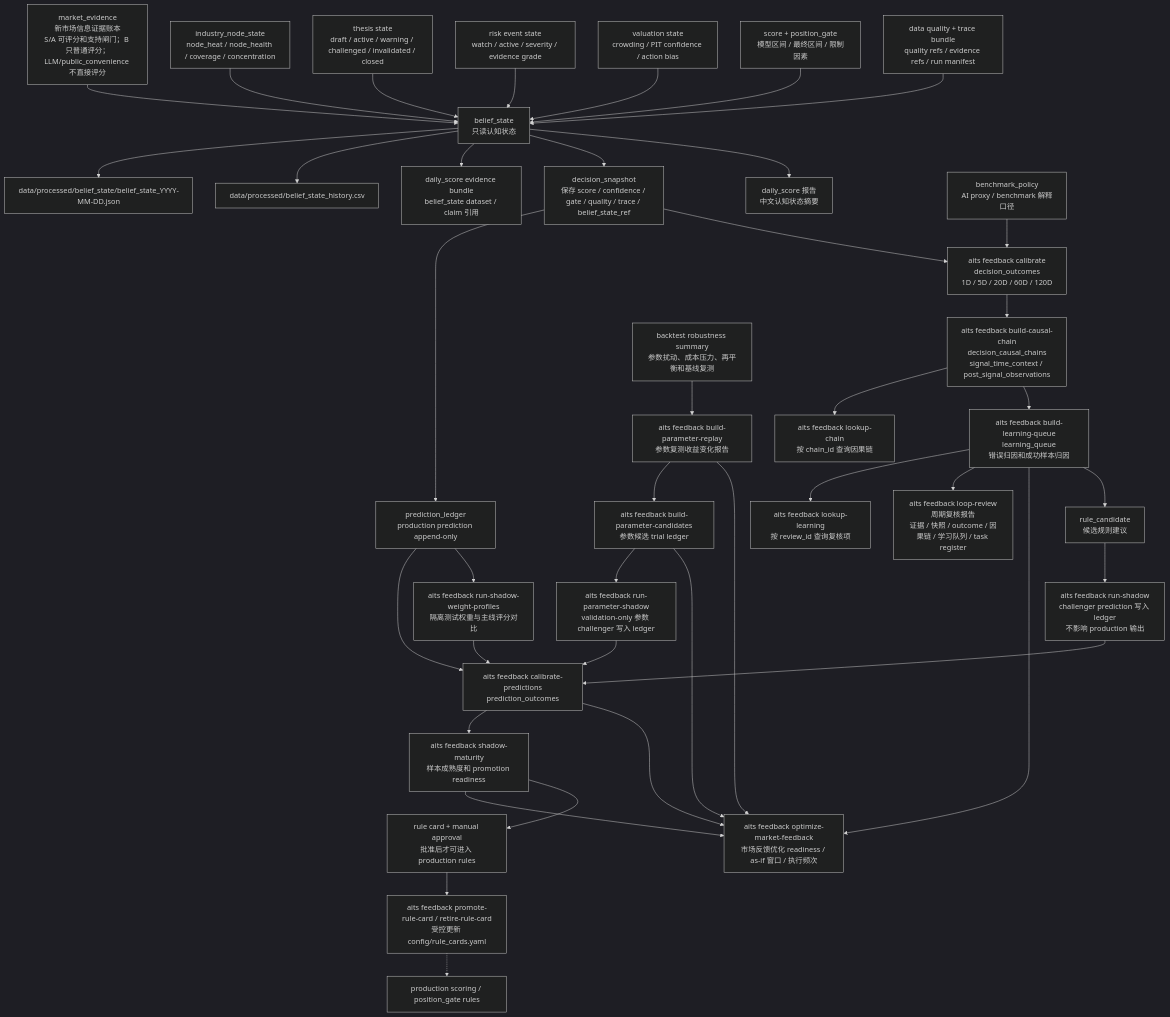
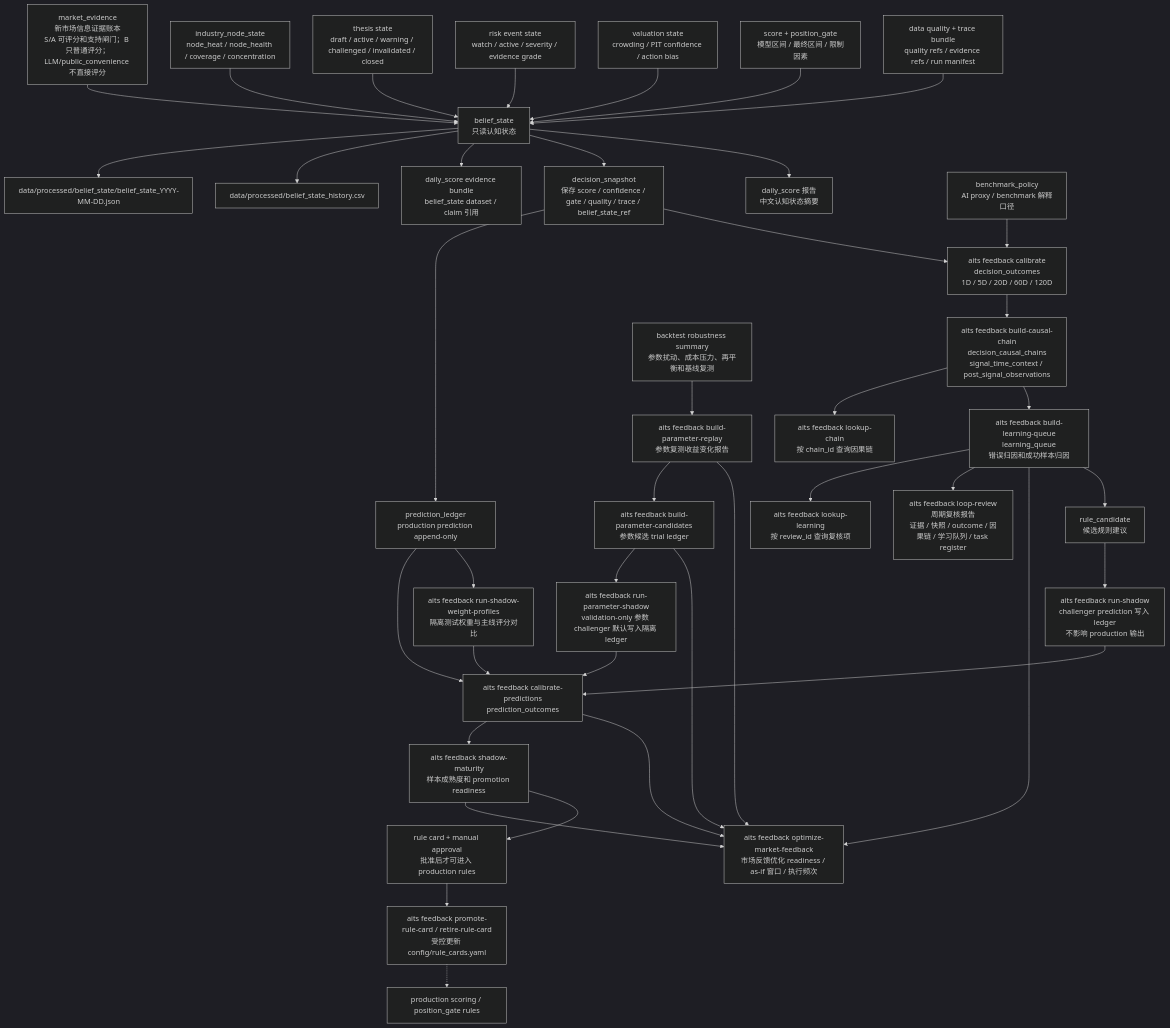
Before and after one commit to AI-Trading-Collaboration/AITradingSystem: the fifth of 6 diagrams in docs/system_flow.md, drawn with Mermaid (dark theme). The commit also changed other lines of this file and 18 other files, not shown here.

Commit message:
Harden shadow parameter validation

````diff
--- a/docs/system_flow.md
+++ b/docs/system_flow.md
@@ -1084,45 +1093,45 @@
 ```mermaid
 flowchart TD
     E0["market_evidence<br/>新市场信息证据账本<br/>S/A 可评分和支持闸门；B 只普通评分；LLM/public_convenience 不直接评分"] --> B0["belief_state<br/>只读认知状态"]
     C0["industry_node_state<br/>node_heat / node_health / coverage / concentration"] --> B0
     T0["thesis state<br/>draft / active / warning / challenged / invalidated / closed"] --> B0
     R0["risk event state<br/>watch / active / severity / evidence grade"] --> B0
     V0["valuation state<br/>crowding / PIT confidence / action bias"] --> B0
     S0["score + position_gate<br/>模型区间 / 最终区间 / 限制因素"] --> B0
     Q0["data quality + trace bundle<br/>quality refs / evidence refs / run manifest"] --> B0
 
     B0 --> B1["data/processed/belief_state/belief_state_YYYY-MM-DD.json"]
     B0 --> B2["data/processed/belief_state_history.csv"]
     B0 --> B3["daily_score evidence bundle<br/>belief_state dataset / claim 引用"]
     B0 --> D0["decision_snapshot<br/>保存 score / confidence / gate / quality / trace / belief_state_ref"]
     D0 --> PL0["prediction_ledger<br/>production prediction append-only"]
     B0 --> RPT["daily_score 报告<br/>中文认知状态摘要"]
 
     BPX["benchmark_policy<br/>AI proxy / benchmark 解释口径"] --> O0
     D0 --> O0["aits feedback calibrate<br/>decision_outcomes<br/>1D / 5D / 20D / 60D / 120D"]
     PL0 --> PO0["aits feedback calibrate-predictions<br/>prediction_outcomes"]
     O0 --> CA0["aits feedback build-causal-chain<br/>decision_causal_chains<br/>signal_time_context / post_signal_observations"]
     CA0 --> CAQ["aits feedback lookup-chain<br/>按 chain_id 查询因果链"]
     CA0 --> L0["aits feedback build-learning-queue<br/>learning_queue<br/>错误归因和成功样本归因"]
     L0 --> LQ["aits feedback lookup-learning<br/>按 review_id 查询复核项"]
     L0 --> LR0["aits feedback loop-review<br/>周期复核报告<br/>证据 / 快照 / outcome / 因果链 / 学习队列 / task register"]
     L0 --> MFO0["aits feedback optimize-market-feedback<br/>市场反馈优化 readiness / as-if 窗口 / 执行频次"]
     BR0["backtest robustness summary<br/>参数扰动、成本压力、再平衡和基线复测"] --> PR0["aits feedback build-parameter-replay<br/>参数复测收益变化报告"]
     PR0 --> PC0["aits feedback build-parameter-candidates<br/>参数候选 trial ledger"]
-    PC0 --> PS0["aits feedback run-parameter-shadow<br/>validation-only 参数 challenger 写入 ledger"]
+    PC0 --> PS0["aits feedback run-parameter-shadow<br/>validation-only 参数 challenger 默认写入隔离 ledger"]
     PS0 --> PO0
     PL0 --> SWP0["aits feedback run-shadow-weight-profiles<br/>隔离测试权重与主线评分对比"]
     SWP0 --> PO0
     PC0 --> MFO0
     PR0 --> MFO0
     L0 --> RC0["rule_candidate<br/>候选规则建议"]
     RC0 --> SH0["aits feedback run-shadow<br/>challenger prediction 写入 ledger<br/>不影响 production 输出"]
     SH0 --> PO0
     PO0 --> SM0["aits feedback shadow-maturity<br/>样本成熟度和 promotion readiness"]
     PO0 --> MFO0
     SM0 --> MFO0
     SM0 --> GOV0["rule card + manual approval<br/>批准后才可进入 production rules"]
     GOV0 --> GOV1["aits feedback promote-rule-card / retire-rule-card<br/>受控更新 config/rule_cards.yaml"]
 
     GOV1 -.-> PROD0["production scoring / position_gate rules"]
 ```
````
